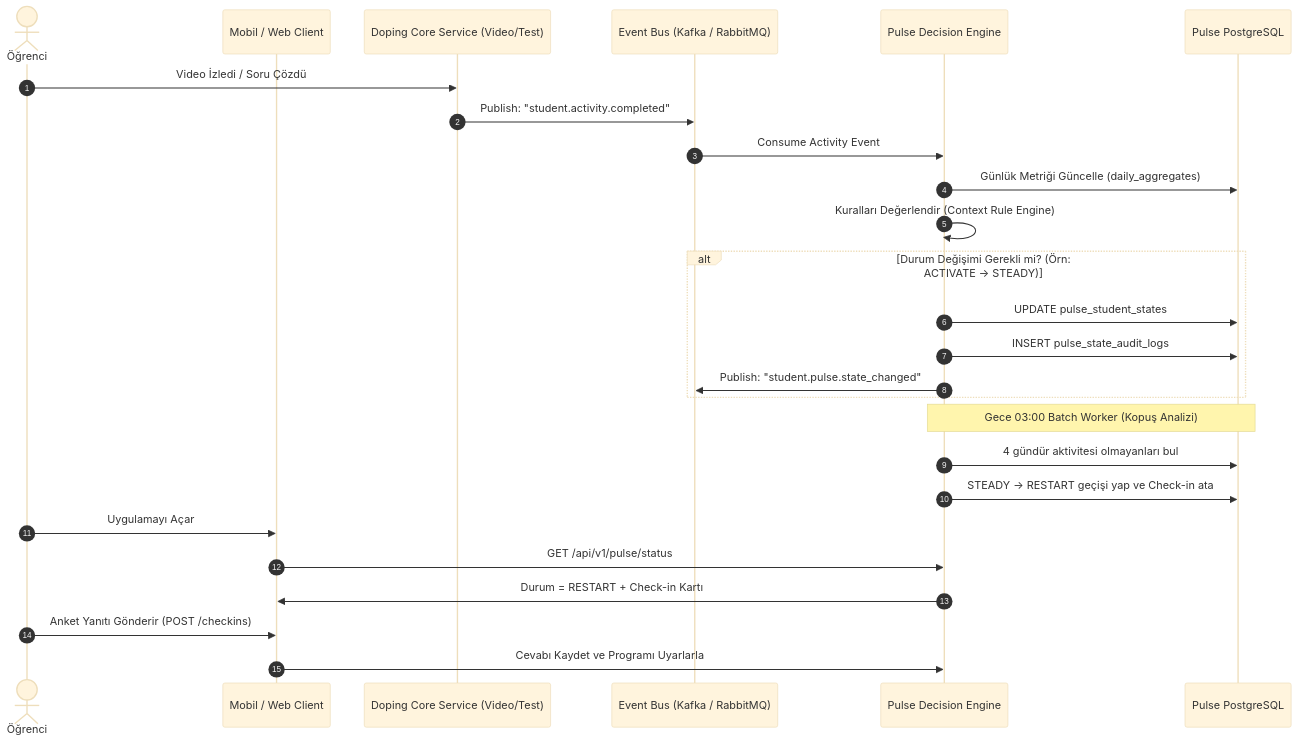
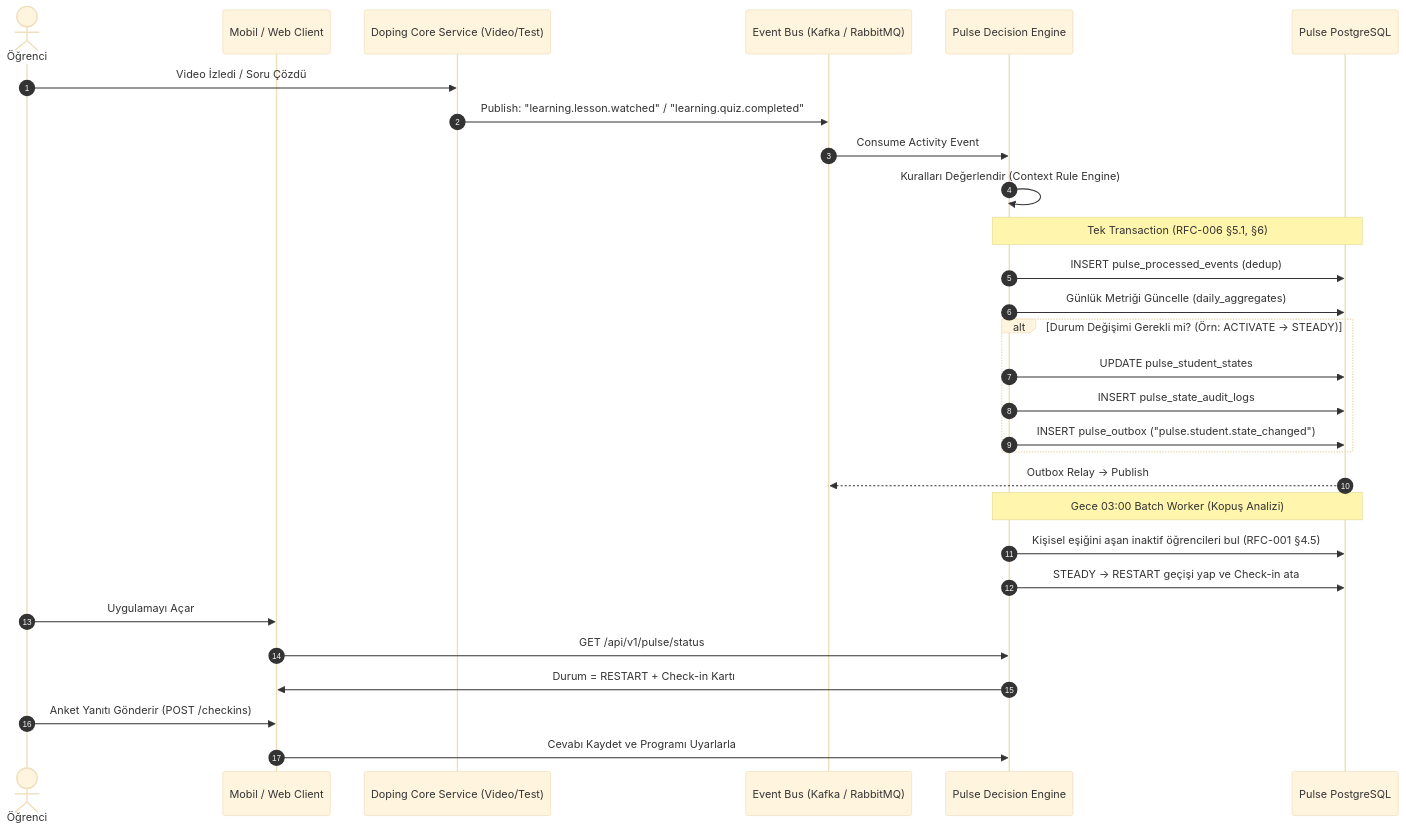
Before and after one commit to Losdreyfedus/doping-pulse: the third of 3 diagrams in docs/doping-pulse-technical-spec.md, drawn with Mermaid (base theme). The commit also changed other lines of this file and 8 other files, not shown here.

First line of the commit message:
docs(pulse): resolve cross-RFC inconsistencies and harden messaging design

````diff
--- a/docs/doping-pulse-technical-spec.md
+++ b/docs/doping-pulse-technical-spec.md
@@ -410,33 +287,36 @@
 ```mermaid
 sequenceDiagram
     autonumber
     actor Student as Öğrenci
     participant App as Mobil / Web Client
     participant CoreApp as Doping Core Service (Video/Test)
     participant Kafka as Event Bus (Kafka / RabbitMQ)
     participant PulseEngine as Pulse Decision Engine
     participant PulseDB as Pulse PostgreSQL
 
     Student->>CoreApp: Video İzledi / Soru Çözdü
-    CoreApp->>Kafka: Publish: "student.activity.completed"
+    CoreApp->>Kafka: Publish: "learning.lesson.watched" / "learning.quiz.completed"
     
     Kafka->>PulseEngine: Consume Activity Event
-    PulseEngine->>PulseDB: Günlük Metriği Güncelle (daily_aggregates)
     PulseEngine->>PulseEngine: Kuralları Değerlendir (Context Rule Engine)
     
+    Note over PulseEngine,PulseDB: Tek Transaction (RFC-006 §5.1, §6)
+    PulseEngine->>PulseDB: INSERT pulse_processed_events (dedup)
+    PulseEngine->>PulseDB: Günlük Metriği Güncelle (daily_aggregates)
     alt Durum Değişimi Gerekli mi? (Örn: ACTIVATE -> STEADY)
         PulseEngine->>PulseDB: UPDATE pulse_student_states
         PulseEngine->>PulseDB: INSERT pulse_state_audit_logs
-        PulseEngine->>Kafka: Publish: "student.pulse.state_changed"
+        PulseEngine->>PulseDB: INSERT pulse_outbox ("pulse.student.state_changed")
     end
+    PulseDB-->>Kafka: Outbox Relay -> Publish
 
     Note over PulseEngine,PulseDB: Gece 03:00 Batch Worker (Kopuş Analizi)
-    PulseEngine->>PulseDB: 4 gündür aktivitesi olmayanları bul
+    PulseEngine->>PulseDB: Kişisel eşiğini aşan inaktif öğrencileri bul (RFC-001 §4.5)
     PulseEngine->>PulseDB: STEADY -> RESTART geçişi yap ve Check-in ata
 
     Student->>App: Uygulamayı Açar
     App->>PulseEngine: GET /api/v1/pulse/status
     PulseEngine->>App: Durum = RESTART + Check-in Kartı
     Student->>App: Anket Yanıtı Gönderir (POST /checkins)
     App->>PulseEngine: Cevabı Kaydet ve Programı Uyarlarla
 ```
````
